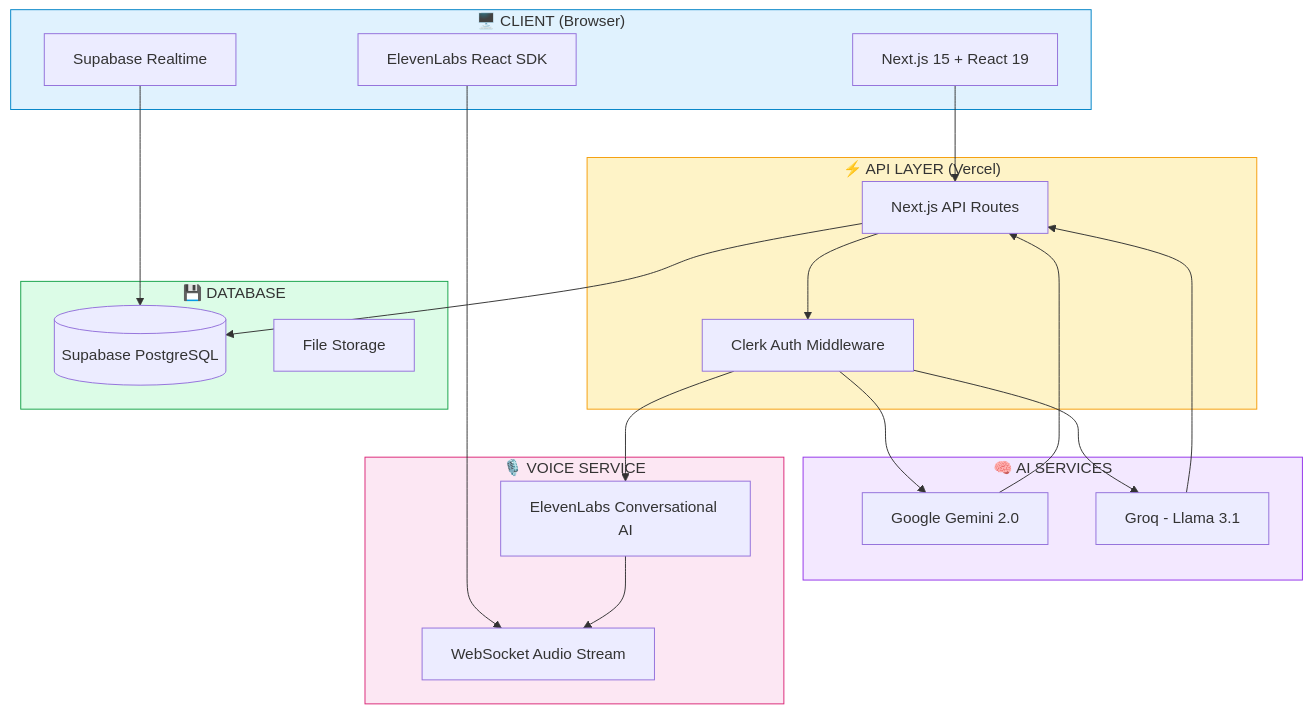
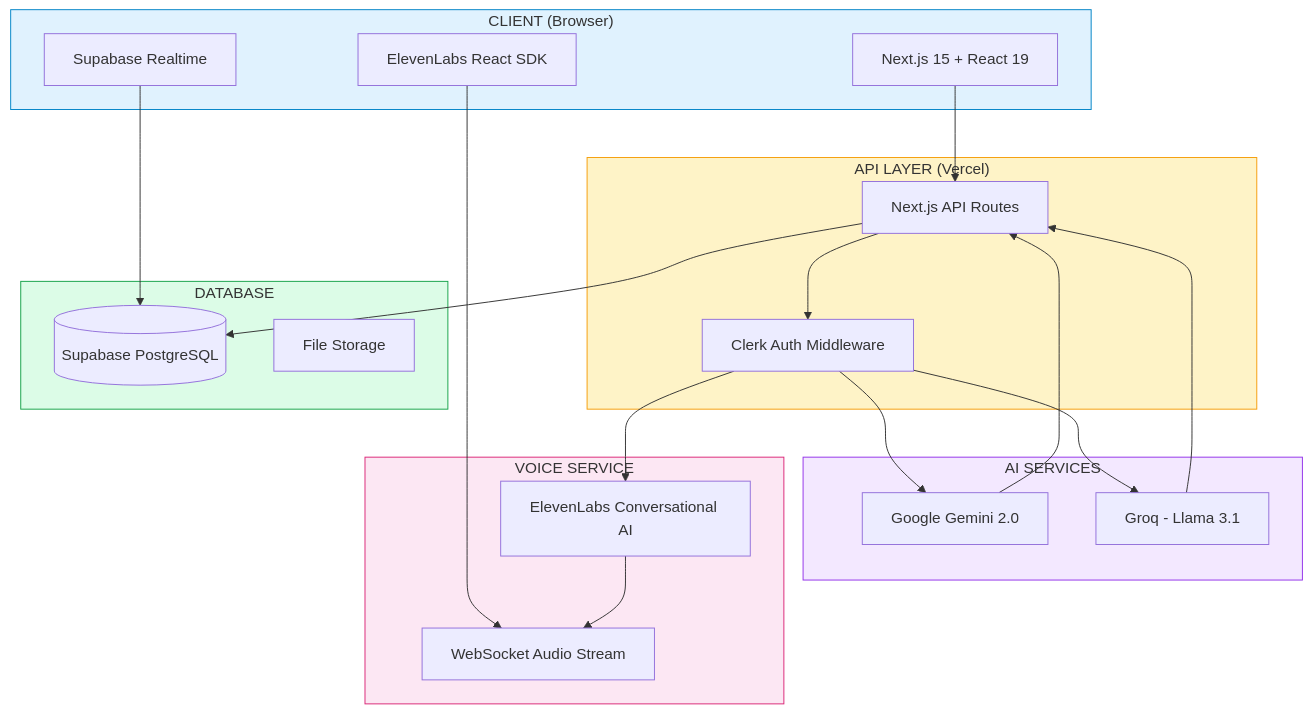
Before and after one commit to brn-mwai/sparrow-ai-partner-catalyst: the first of 6 diagrams in README.md, drawn with Mermaid. The commit also changed other lines of this file, not shown here.

````diff
--- a/README.md
+++ b/README.md
@@ -107,46 +107,46 @@
 ```mermaid
 flowchart TB
-    subgraph Client["🖥️ CLIENT (Browser)"]
+    subgraph Client["CLIENT (Browser)"]
         UI[Next.js 15 + React 19]
         SDK[ElevenLabs React SDK]
         RT[Supabase Realtime]
     end
 
-    subgraph API["⚡ API LAYER (Vercel)"]
+    subgraph API["API LAYER (Vercel)"]
         Routes[Next.js API Routes]
         Auth[Clerk Auth Middleware]
     end
 
-    subgraph AI["🧠 AI SERVICES"]
+    subgraph AI["AI SERVICES"]
         Gemini[Google Gemini 2.0]
         Groq[Groq - Llama 3.1]
     end
 
-    subgraph Voice["🎙️ VOICE SERVICE"]
+    subgraph Voice["VOICE SERVICE"]
         EL[ElevenLabs Conversational AI]
         WS[WebSocket Audio Stream]
     end
 
-    subgraph DB["💾 DATABASE"]
+    subgraph DB["DATABASE"]
         Supa[(Supabase PostgreSQL)]
         Store[File Storage]
     end
 
     UI --> Routes
     SDK --> WS
     RT --> Supa
     Routes --> Auth
     Auth --> Gemini
     Auth --> Groq
     Auth --> EL
     Routes --> Supa
     EL --> WS
     Gemini --> Routes
     Groq --> Routes
 
     style Client fill:#e0f2fe,stroke:#0284c7
     style API fill:#fef3c7,stroke:#f59e0b
     style AI fill:#f3e8ff,stroke:#9333ea
     style Voice fill:#fce7f3,stroke:#db2777
     style DB fill:#dcfce7,stroke:#16a34a
 ```
````
